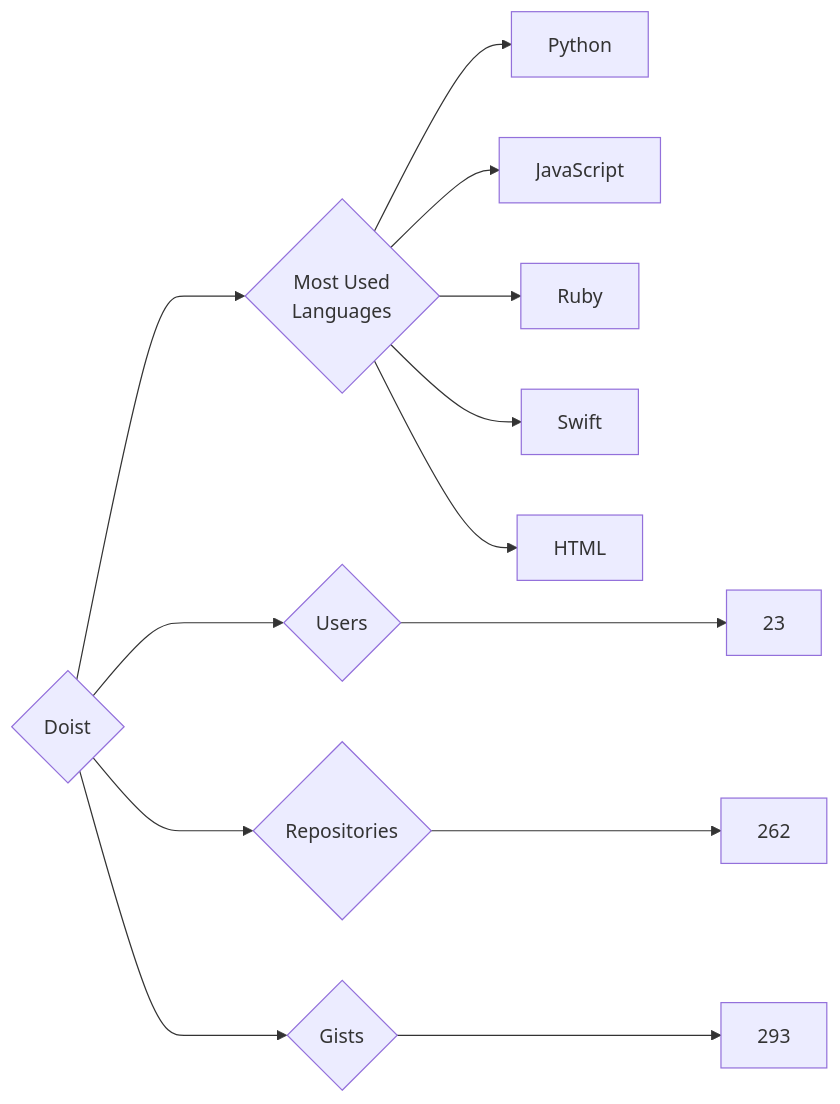
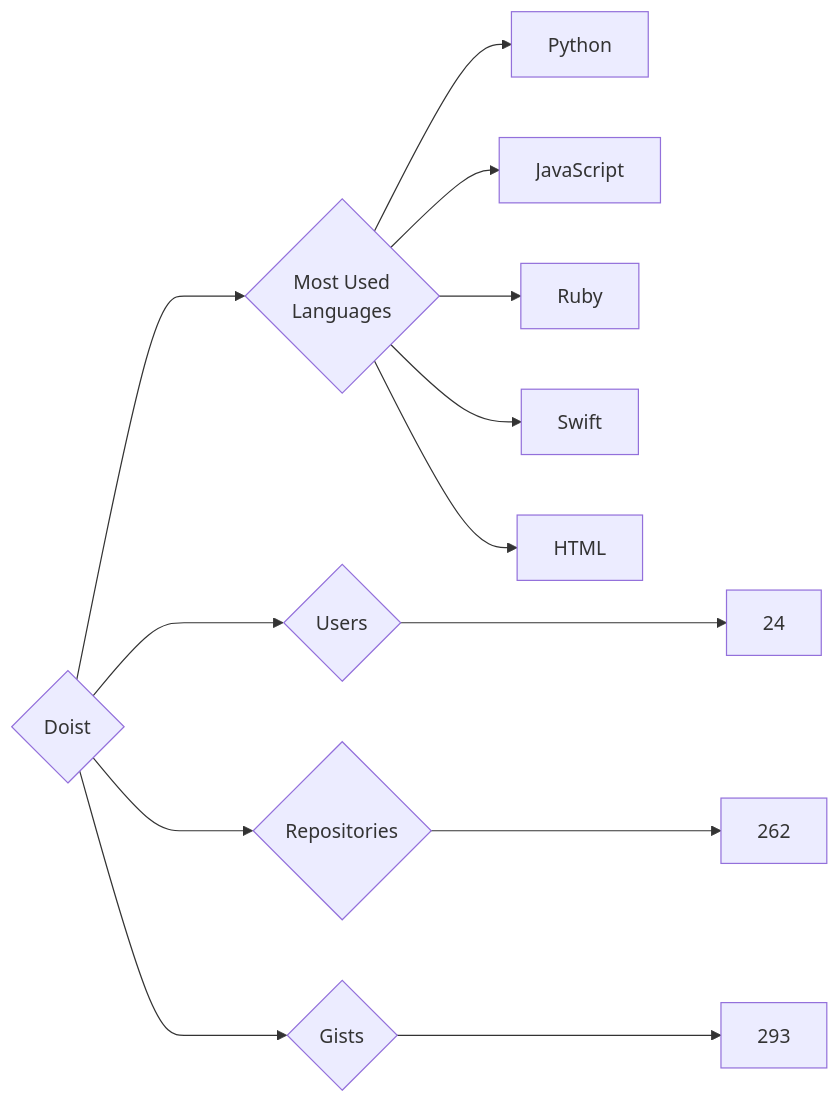
One commit to trickest/insiders changed the diagram in targets/Doist/README.md. Above: the diagram before and after it, drawn with Mermaid. The commit also changed 757 other files, not shown here.

````diff
--- a/targets/Doist/README.md
+++ b/targets/Doist/README.md
@@ -3,13 +3,13 @@
 ```mermaid
 graph LR
 COMPANY_NAME{Doist}
-COMPANY_NAME ---> U{Users} ---> UN[23]
+COMPANY_NAME ---> U{Users} ---> UN[24]
 COMPANY_NAME ---> R{Repositories} ---> RN[262]
 COMPANY_NAME ---> G{Gists} ---> GN[293]
 COMPANY_NAME ---> ML{Most Used<br>Languages}
 ML --> Python[Python]
 ML --> JavaScript[JavaScript]
 ML --> Ruby[Ruby]
 ML --> Swift[Swift]
 ML --> HTML[HTML]
 ```
````
